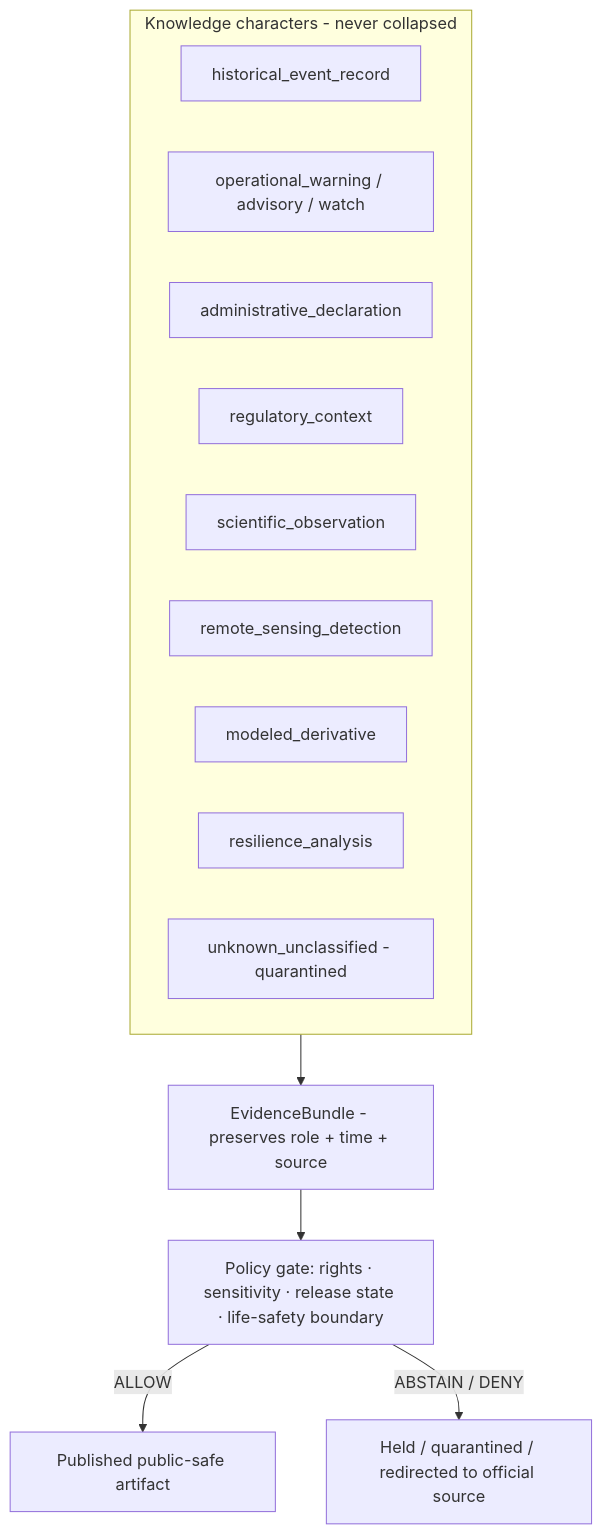
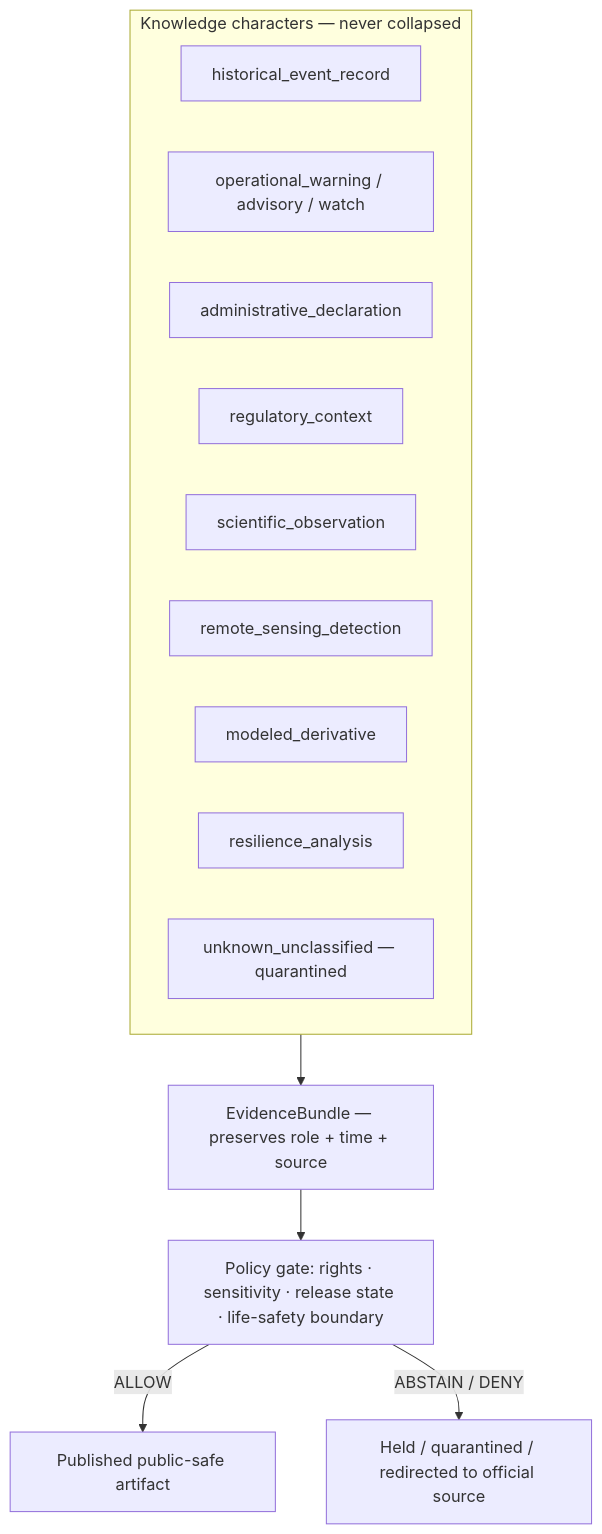
Before and after one commit to bartytime4life/Kansas-Frontier-Matrix: the second of 5 diagrams in docs/domains/hazards/ARCHITECTURE.md, drawn with Mermaid. The commit also changed other lines of this file, not shown here.

````diff
--- a/docs/domains/hazards/ARCHITECTURE.md
+++ b/docs/domains/hazards/ARCHITECTURE.md
@@ -193,18 +212,18 @@
 ```mermaid
 flowchart TB
-  subgraph KC[Knowledge characters - never collapsed]
-    H[historical_event_record]
-    OW[operational_warning / advisory / watch]
-    AD[administrative_declaration]
-    RC[regulatory_context]
-    SO[scientific_observation]
-    RS[remote_sensing_detection]
-    MD[modeled_derivative]
-    RA[resilience_analysis]
-    UU[unknown_unclassified - quarantined]
+  subgraph KC["Knowledge characters — never collapsed"]
+    H["historical_event_record"]
+    OW["operational_warning / advisory / watch"]
+    AD["administrative_declaration"]
+    RC["regulatory_context"]
+    SO["scientific_observation"]
+    RS["remote_sensing_detection"]
+    MD["modeled_derivative"]
+    RA["resilience_analysis"]
+    UU["unknown_unclassified — quarantined"]
   end
-  KC --> Bundle[EvidenceBundle - preserves role + time + source]
-  Bundle --> Pol[Policy gate: rights · sensitivity · release state · life-safety boundary]
-  Pol -->|ALLOW| Pub[Published public-safe artifact]
-  Pol -->|ABSTAIN / DENY| Hold[Held / quarantined / redirected to official source]
+  KC --> Bundle["EvidenceBundle — preserves role + time + source"]
+  Bundle --> Pol["Policy gate: rights · sensitivity · release state · life-safety boundary"]
+  Pol -->|"ALLOW"| Pub["Published public-safe artifact"]
+  Pol -->|"ABSTAIN / DENY"| Hold["Held / quarantined / redirected to official source"]
 ```
````
